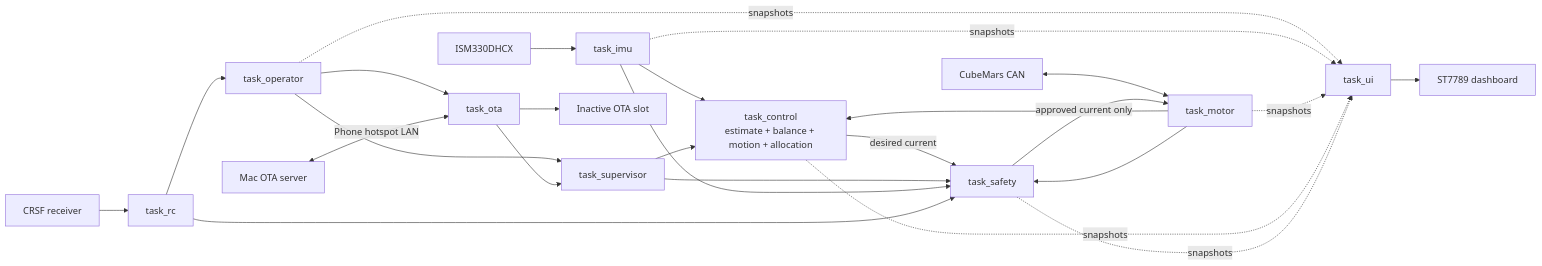
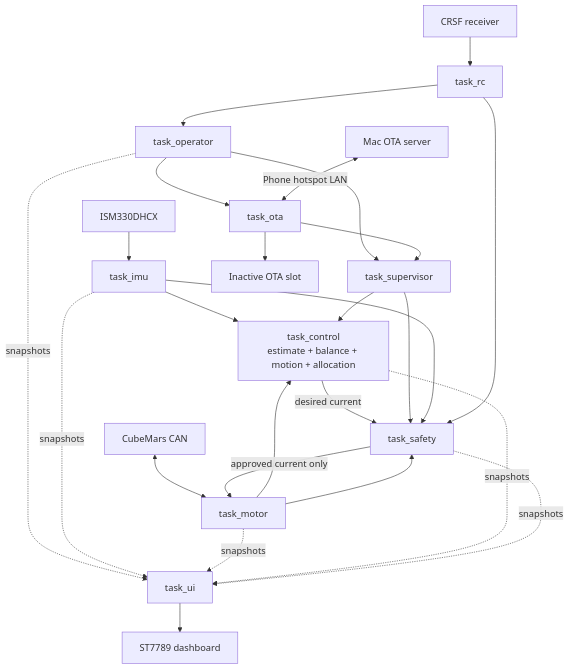
One commit to ahkar-kyaw/e_me599_Hermes changed the first of 2 diagrams in 04_firmware/README.md. Above: the diagram before and after it, drawn with Mermaid. The commit also changed other lines of this file and 43 other files, not shown here.

````diff
--- a/04_firmware/README.md
+++ b/04_firmware/README.md
@@ -9,30 +9,30 @@
 ```mermaid
-flowchart LR
+flowchart TD
     RC[CRSF receiver] --> TR[task_rc]
     TR --> TO[task_operator]
     TO --> TS[task_supervisor]
     TO --> OTA[task_ota]
 
     IMU[ISM330DHCX] --> TI[task_imu]
     CAN[CubeMars CAN] <--> TM[task_motor]
     TI --> TC[task_control<br/>estimate + balance + motion + allocation]
     TM --> TC
     TS --> TC
 
     TC -->|desired current| SAFE[task_safety]
     TS --> SAFE
     TI --> SAFE
     TR --> SAFE
     TM --> SAFE
     SAFE -->|approved current only| TM
     MAC[Mac OTA server] <-->|Phone hotspot LAN| OTA
     OTA --> FLASH[Inactive OTA slot]
     OTA --> TS
 
     TO -. snapshots .-> UI[task_ui]
     TI -. snapshots .-> UI
     TM -. snapshots .-> UI
     TC -. snapshots .-> UI
     SAFE -. snapshots .-> UI
     UI --> LCD[ST7789 dashboard]
 ```
````
